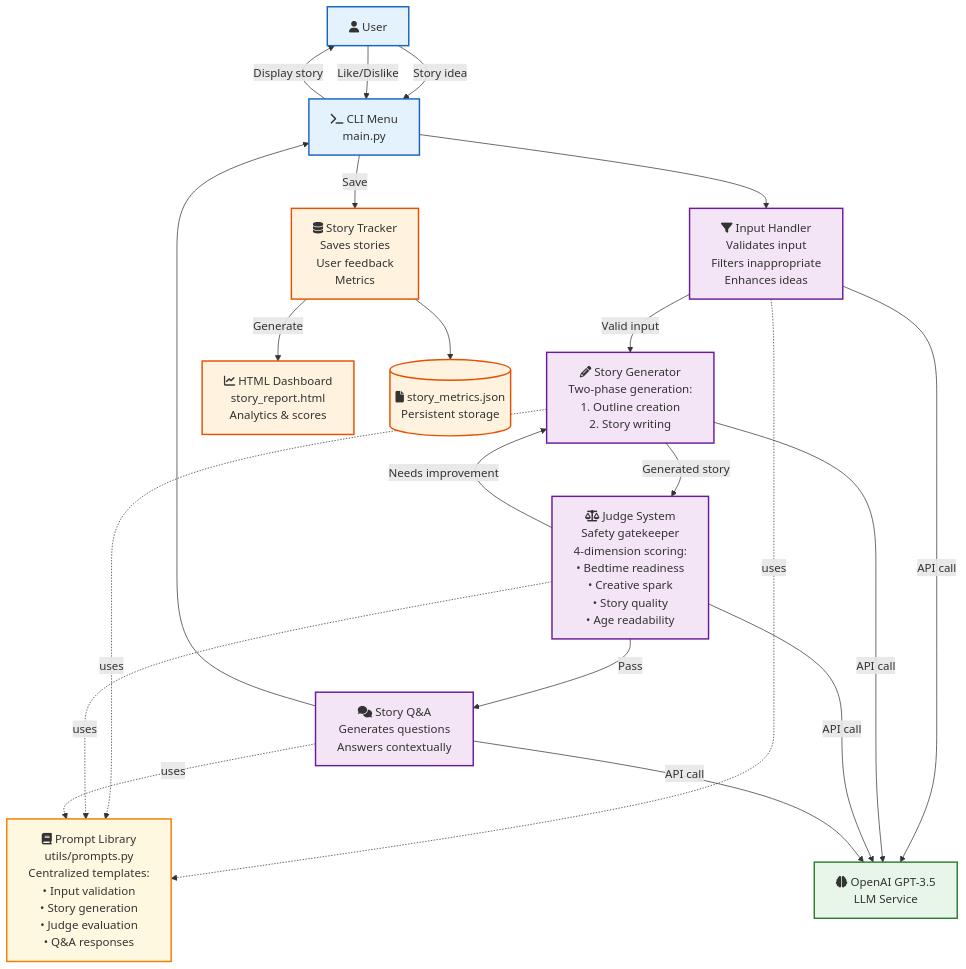
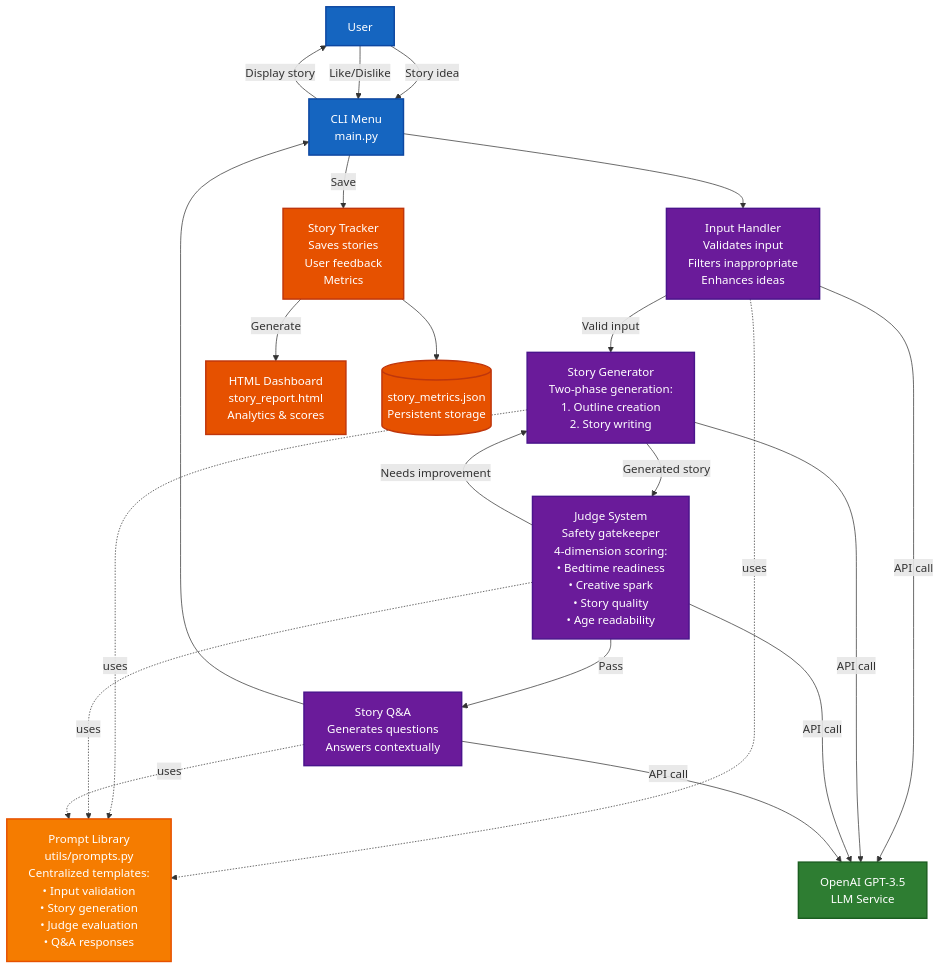
The diagram in README.md (gsymmy30/beanstalk-hai), drawn with Mermaid before and after one commit.

````diff
--- a/README.md
+++ b/README.md
@@ -92,72 +92,72 @@
 ```mermaid
 graph TB
     %% User Interface
-    User[fa:fa-user User]
-    CLI[fa:fa-terminal CLI Menu<br/>main.py]
+    User[User]
+    CLI[CLI Menu<br/>main.py]
     
     %% Core Story Pipeline
-    InputHandler[fa:fa-filter Input Handler<br/>Validates input<br/>Filters inappropriate<br/>Enhances ideas]
+    InputHandler[Input Handler<br/>Validates input<br/>Filters inappropriate<br/>Enhances ideas]
     
-    StoryGen[fa:fa-pencil Story Generator<br/>Two-phase generation:<br/>1. Outline creation<br/>2. Story writing]
+    StoryGen[Story Generator<br/>Two-phase generation:<br/>1. Outline creation<br/>2. Story writing]
     
-    Judge[fa:fa-balance-scale Judge System<br/>Safety gatekeeper<br/>4-dimension scoring:<br/>• Bedtime readiness<br/>• Creative spark<br/>• Story quality<br/>• Age readability]
+    Judge[Judge System<br/>Safety gatekeeper<br/>4-dimension scoring:<br/>• Bedtime readiness<br/>• Creative spark<br/>• Story quality<br/>• Age readability]
     
-    QA[fa:fa-comments Story Q&A<br/>Generates questions<br/>Answers contextually]
+    QA[Story Q&A<br/>Generates questions<br/>Answers contextually]
     
     %% Data & Analytics
-    Tracker[fa:fa-database Story Tracker<br/>Saves stories<br/>User feedback<br/>Metrics]
+    Tracker[Story Tracker<br/>Saves stories<br/>User feedback<br/>Metrics]
     
-    Report[fa:fa-chart-line HTML Dashboard<br/>story_report.html<br/>Analytics & scores]
+    Report[HTML Dashboard<br/>story_report.html<br/>Analytics & scores]
     
-    JSONData[(fa:fa-file story_metrics.json<br/>Persistent storage)]
+    JSONData[(story_metrics.json<br/>Persistent storage)]
     
     %% External Service
-    OpenAI[fa:fa-brain OpenAI GPT-3.5<br/>LLM Service]
+    OpenAI[OpenAI GPT-3.5<br/>LLM Service]
     
     %% Prompt Management
-    Prompts[fa:fa-book Prompt Library<br/>utils/prompts.py<br/>Centralized templates:<br/>• Input validation<br/>• Story generation<br/>• Judge evaluation<br/>• Q&A responses]
+    Prompts[Prompt Library<br/>utils/prompts.py<br/>Centralized templates:<br/>• Input validation<br/>• Story generation<br/>• Judge evaluation<br/>• Q&A responses]
     
     %% Main Flow
     User -->|Story idea| CLI
     CLI --> InputHandler
     InputHandler -->|Valid input| StoryGen
     StoryGen -->|Generated story| Judge
     
     %% Refinement Loop
     Judge -->|Pass| QA
     Judge -->|Needs improvement| StoryGen
     
     %% Post-Story Flow
     QA --> CLI
     CLI -->|Display story| User
     User -->|Like/Dislike| CLI
     
     %% Data Flow
     CLI -->|Save| Tracker
     Tracker --> JSONData
     Tracker -->|Generate| Report
     
     %% LLM Integration
     InputHandler -.->|uses| Prompts
     StoryGen -.->|uses| Prompts
     Judge -.->|uses| Prompts
     QA -.->|uses| Prompts
     
     InputHandler -->|API call| OpenAI
     StoryGen -->|API call| OpenAI
     Judge -->|API call| OpenAI
     QA -->|API call| OpenAI
     
-    %% Styling
-    classDef interface fill:#e3f2fd,stroke:#1565c0,stroke-width:2px
-    classDef pipeline fill:#f3e5f5,stroke:#6a1b9a,stroke-width:2px
-    classDef storage fill:#fff3e0,stroke:#e65100,stroke-width:2px
-    classDef external fill:#e8f5e9,stroke:#2e7d32,stroke-width:2px
-    classDef utility fill:#fff8e1,stroke:#f57c00,stroke-width:2px
+    %% Styling with darker backgrounds
+    classDef interface fill:#1565c0,stroke:#0d47a1,stroke-width:2px,color:#fff
+    classDef pipeline fill:#6a1b9a,stroke:#4a148c,stroke-width:2px,color:#fff
+    classDef storage fill:#e65100,stroke:#bf360c,stroke-width:2px,color:#fff
+    classDef external fill:#2e7d32,stroke:#1b5e20,stroke-width:2px,color:#fff
+    classDef utility fill:#f57c00,stroke:#e65100,stroke-width:2px,color:#fff
     
     class User,CLI interface
     class InputHandler,StoryGen,Judge,QA pipeline
     class Tracker,Report,JSONData storage
     class OpenAI external
     class Prompts utility
 ```
````
